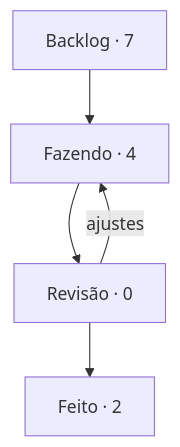
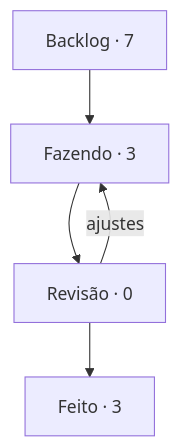
One commit to StudioVibi/VibiKanban changed the diagram in boards/harness/BOARD.md. Above: the diagram before and after it, drawn with Mermaid. The commit also changed other lines of this file and 2 other files, not shown here.

````diff
--- a/boards/harness/BOARD.md
+++ b/boards/harness/BOARD.md
@@ -5,10 +5,10 @@
 ```mermaid
 flowchart TD
-  backlog["Backlog · 7"] --> doing["Fazendo · 4"]
+  backlog["Backlog · 7"] --> doing["Fazendo · 3"]
   doing --> review["Revisão · 0"]
-  review --> done["Feito · 2"]
+  review --> done["Feito · 3"]
   review -->|ajustes| doing
   doing:::blue
   review:::yellow
   done:::green
 ```
````
